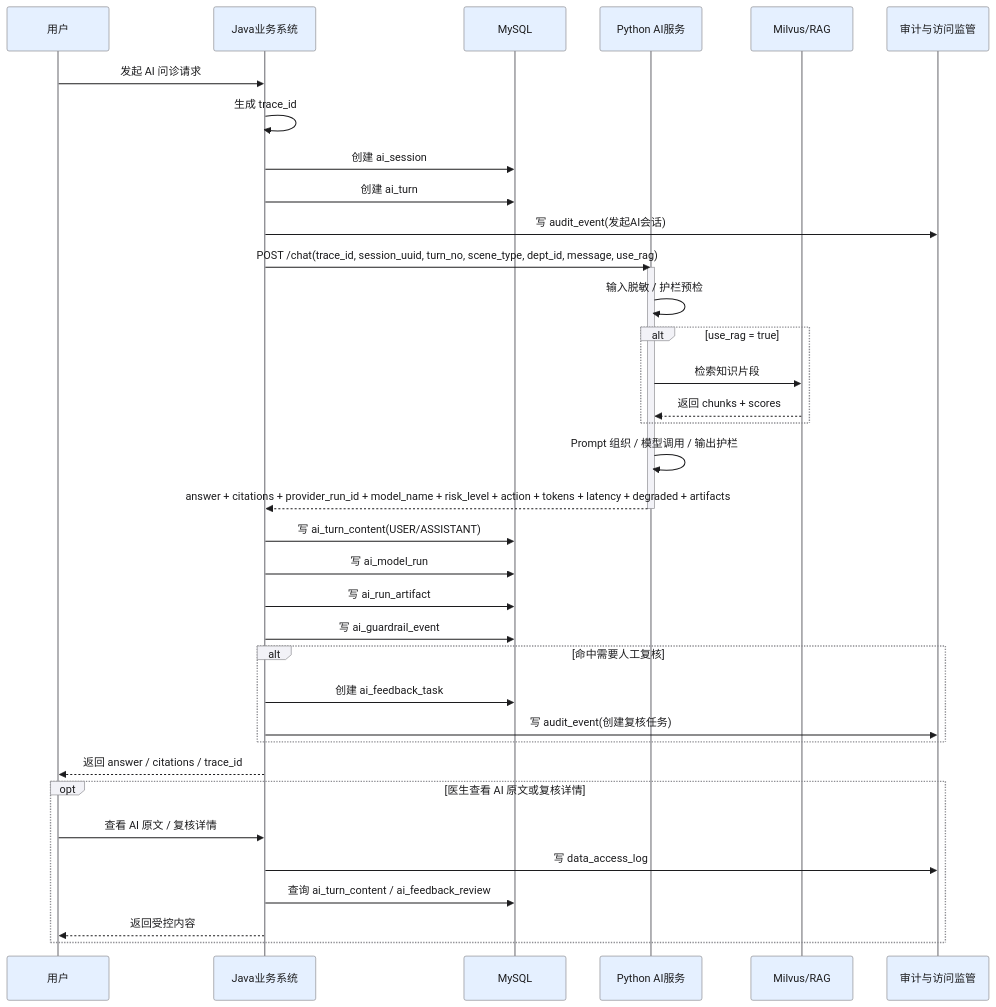
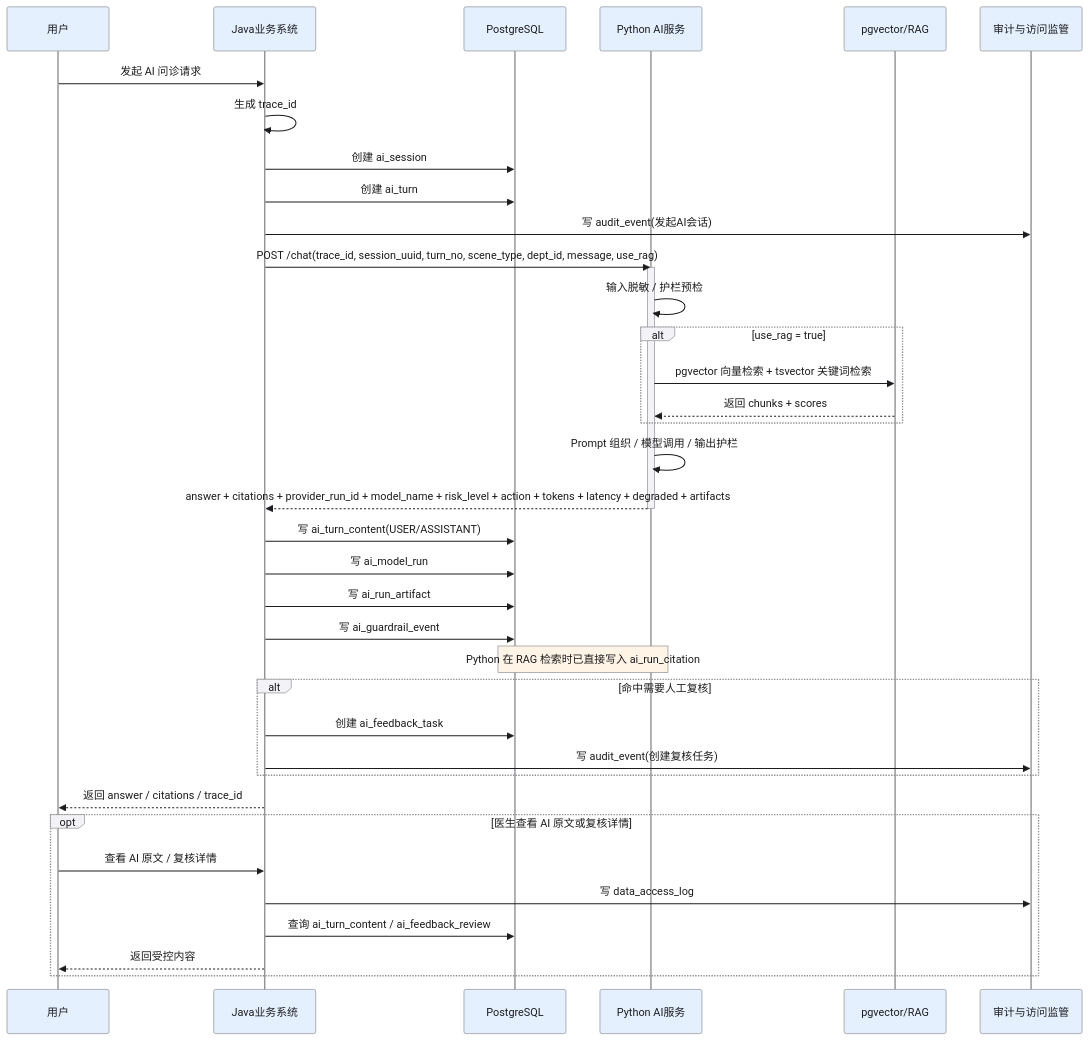
One commit to JianwenShaw/MediAskDocs changed the third of 3 diagrams in docs/07B-AI-AUDIT-V3.md. Above: the diagram before and after it, drawn with Mermaid. The commit also changed other lines of this file and 15 other files, not shown here.

Commit message:
refactor: 数据库存储架构升级,MySQL + Milvus 方案迁移至 PostgreSQL + PG Vector

````diff
--- a/docs/07B-AI-AUDIT-V3.md
+++ b/docs/07B-AI-AUDIT-V3.md
@@ -627,48 +633,49 @@
 ```mermaid
 %%{init: {'theme': 'base', 'themeVariables': {'primaryColor': '#E5F0FF', 'primaryTextColor': '#1C1C1E', 'primaryBorderColor': '#007AFF', 'lineColor': '#8E8E93', 'actorBkg': '#E5F0FF', 'actorTextColor': '#1C1C1E', 'actorBorder': '#8E8E93', 'activationBorderColor': '#8E8E93', 'activationBkgColor': '#F2F2F7', 'sequenceNumberColor': '#FFFFFF', 'signalColor': '#1C1C1E', 'labelBoxBkgColor': '#F2F2F7', 'labelBoxBorderColor': '#8E8E93', 'labelTextColor': '#1C1C1E', 'loopTextColor': '#1C1C1E', 'noteBkgColor': '#FFF4E5', 'noteTextColor': '#1C1C1E', 'noteBorderColor': '#8E8E93'}}}%%
 sequenceDiagram
     participant User as 用户
     participant Java as Java业务系统
-    participant DB as MySQL
+    participant DB as PostgreSQL
     participant Py as Python AI服务
-    participant Vector as Milvus/RAG
+    participant Vector as pgvector/RAG
     participant Audit as 审计与访问监管
 
     User->>Java: 发起 AI 问诊请求
     Java->>Java: 生成 trace_id
     Java->>DB: 创建 ai_session
     Java->>DB: 创建 ai_turn
     Java->>Audit: 写 audit_event(发起AI会话)
 
     Java->>Py: POST /chat(trace_id, session_uuid, turn_no, scene_type, dept_id, message, use_rag)
     activate Py
 
     Py->>Py: 输入脱敏 / 护栏预检
     alt use_rag = true
-        Py->>Vector: 检索知识片段
+        Py->>Vector: pgvector 向量检索 + tsvector 关键词检索
         Vector-->>Py: 返回 chunks + scores
     end
 
     Py->>Py: Prompt 组织 / 模型调用 / 输出护栏
     Py-->>Java: answer + citations + provider_run_id + model_name + risk_level + action + tokens + latency + degraded + artifacts
     deactivate Py
 
     Java->>DB: 写 ai_turn_content(USER/ASSISTANT)
     Java->>DB: 写 ai_model_run
     Java->>DB: 写 ai_run_artifact
     Java->>DB: 写 ai_guardrail_event
+    Note over Py,DB: Python 在 RAG 检索时已直接写入 ai_run_citation
 
     alt 命中需要人工复核
         Java->>DB: 创建 ai_feedback_task
         Java->>Audit: 写 audit_event(创建复核任务)
     end
 
     Java-->>User: 返回 answer / citations / trace_id
 
     opt 医生查看 AI 原文或复核详情
         User->>Java: 查看 AI 原文 / 复核详情
         Java->>Audit: 写 data_access_log
         Java->>DB: 查询 ai_turn_content / ai_feedback_review
         Java-->>User: 返回受控内容
     end
 ```
````
